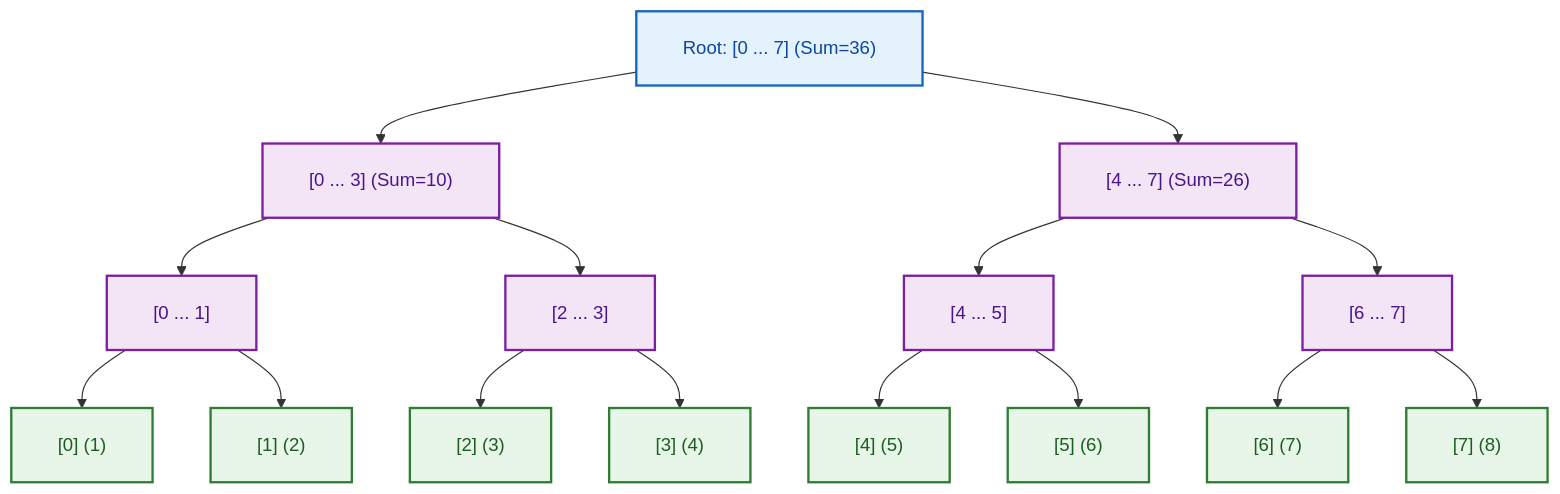
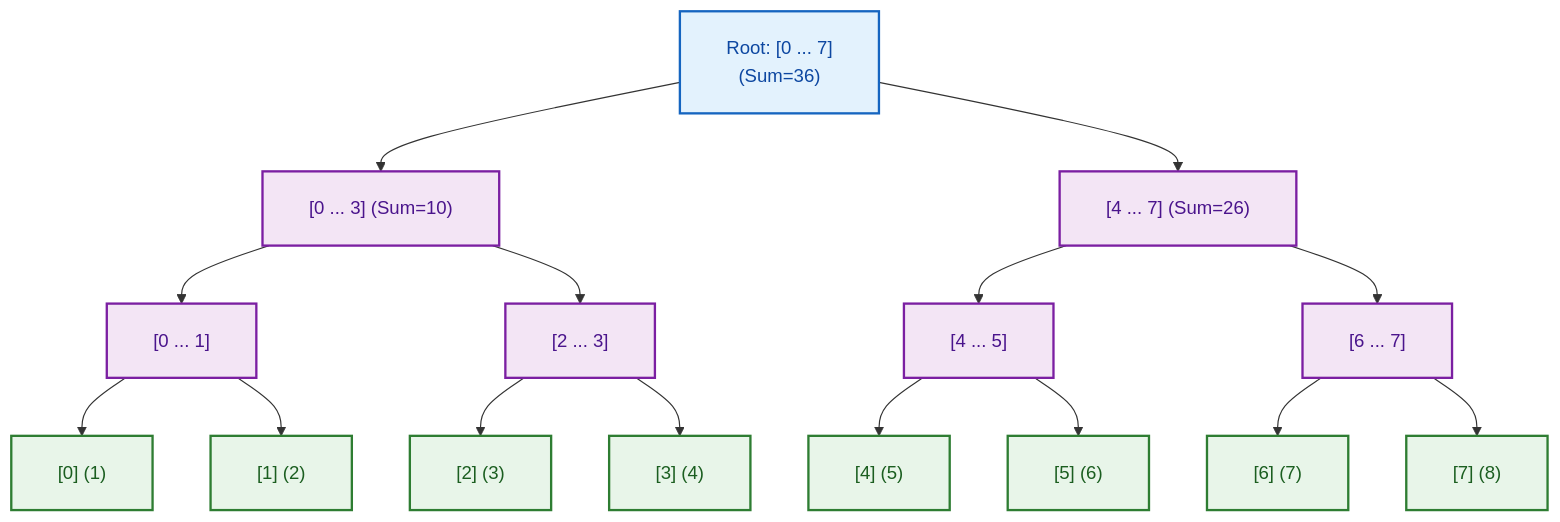
One commit to dip4k/DSA_102 changed the first of 3 diagrams in week_15_advanced_strings_flow/Week_15_Visual_Concepts_Playbook_HYBRID.md. Above: the diagram before and after it, drawn with Mermaid. The commit also changed other lines of this file and 106 other files, not shown here.

First line of the commit message:
fix(mermaid): prevent text clipping with foreignObject overflow and tighter line wrapping

````diff
--- a/week_15_advanced_strings_flow/Week_15_Visual_Concepts_Playbook_HYBRID.md
+++ b/week_15_advanced_strings_flow/Week_15_Visual_Concepts_Playbook_HYBRID.md
@@ -111,40 +111,40 @@
 ```mermaid
-%%{init: {"flowchart": {"htmlLabels": true, "padding": 20}}}%%
+%%{init: {"flowchart": {"htmlLabels": true, "padding": 20}, "themeCSS": "foreignObject { overflow: visible !important; }"}}%%
 flowchart TD
     classDef root fill:#e3f2fd,stroke:#1565c0,stroke-width:2px,color:#0d47a1
     classDef internal fill:#f3e5f5,stroke:#7b1fa2,stroke-width:2px,color:#4a148c
     classDef leaf fill:#e8f5e9,stroke:#2e7d32,stroke-width:2px,color:#1b5e20
 
-    N0["Root: [0 ... 7] (Sum=36)"]:::root
+    N0["Root: [0 ... 7]<br/>(Sum=36)"]:::root
     N1["[0 ... 3] (Sum=10)"]:::internal
     N2["[4 ... 7] (Sum=26)"]:::internal
     N3["[0 ... 1]"]:::internal
     N4["[2 ... 3]"]:::internal
     N5["[4 ... 5]"]:::internal
     N6["[6 ... 7]"]:::internal
 
     N0 --> N1
     N0 --> N2
     N1 --> N3
     N1 --> N4
     N2 --> N5
     N2 --> N6
 
     L0["[0] (1)"]:::leaf
     L1["[1] (2)"]:::leaf
     L2["[2] (3)"]:::leaf
     L3["[3] (4)"]:::leaf
     L4["[4] (5)"]:::leaf
     L5["[5] (6)"]:::leaf
     L6["[6] (7)"]:::leaf
     L7["[7] (8)"]:::leaf
 
     N3 --> L0
     N3 --> L1
     N4 --> L2
     N4 --> L3
     N5 --> L4
     N5 --> L5
     N6 --> L6
     N6 --> L7
 ```
````
